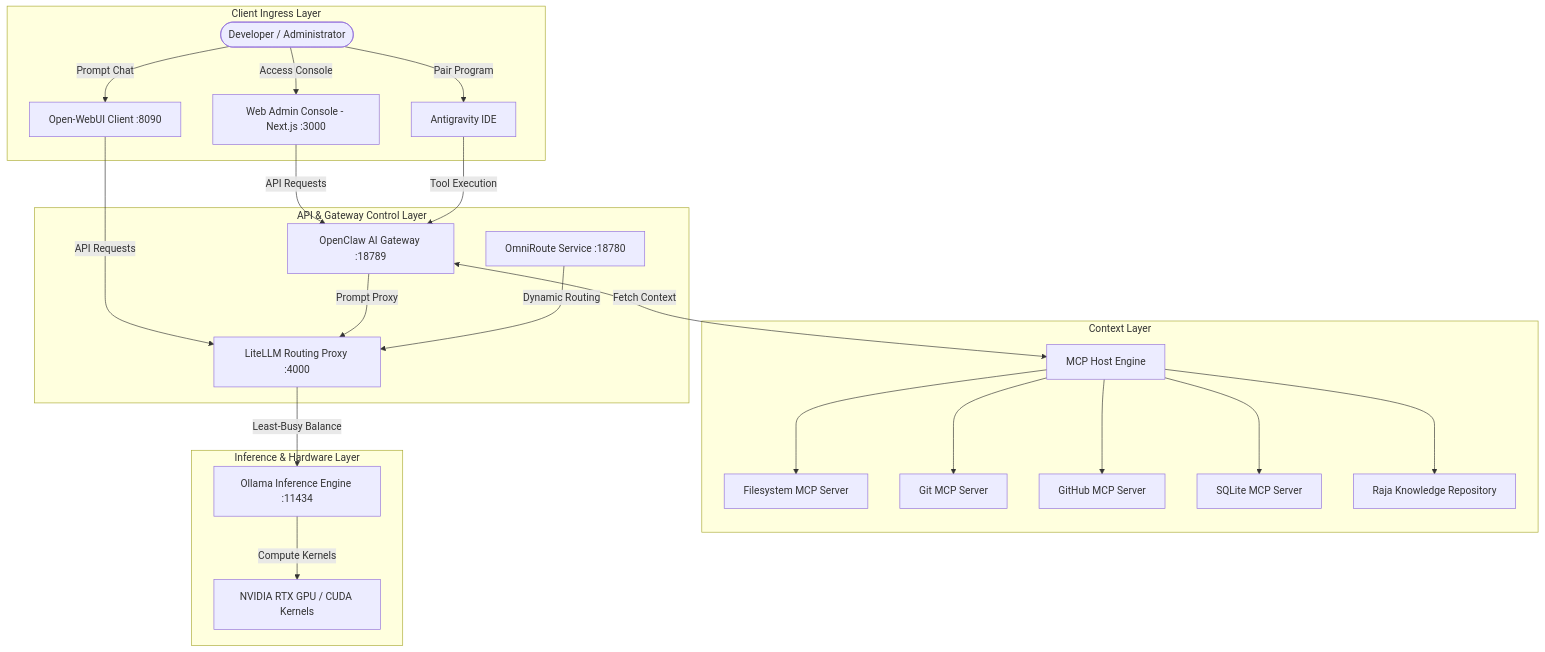
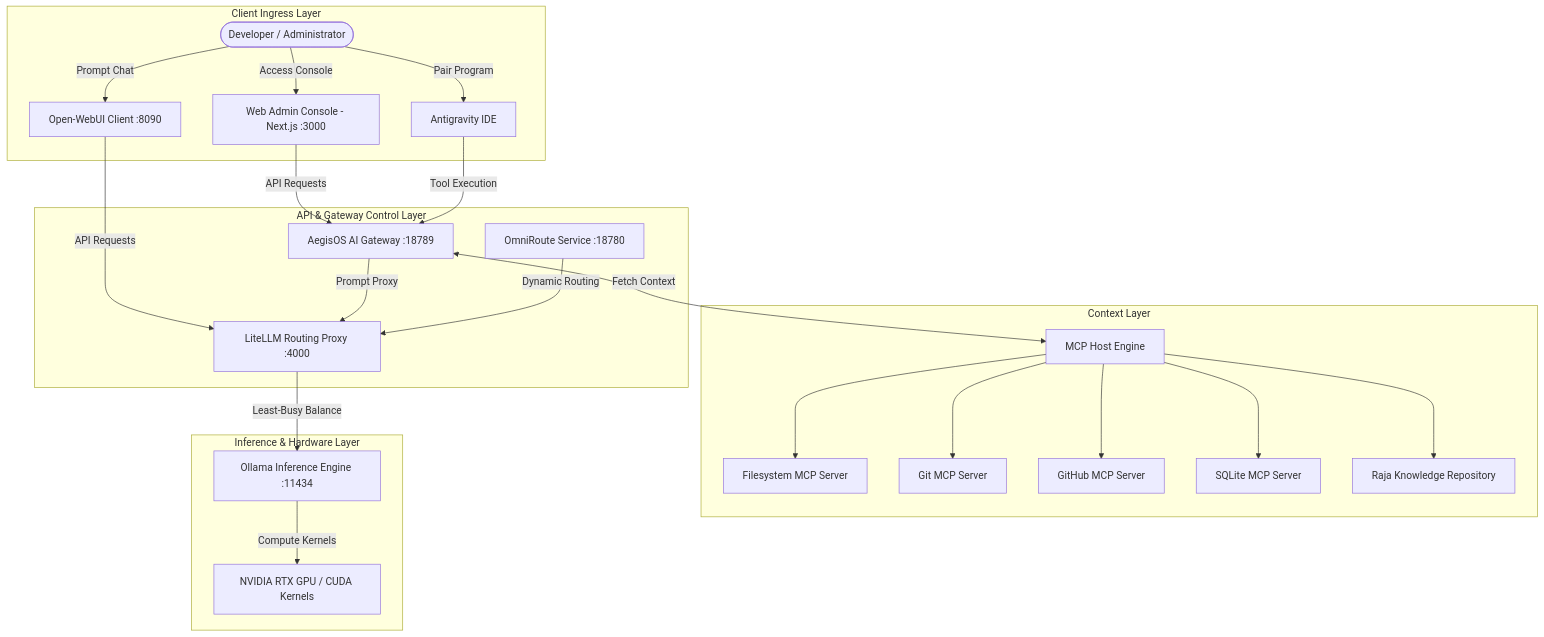
Before and after one commit to rjmad1/AegisOS: the first of 5 diagrams in docs/Architecture_Handbook.md, drawn with Mermaid. The commit also changed other lines of this file and 303 other files, not shown here.

Commit message:
refactor(branding): rename OpenClaw to AegisOS

````diff
--- a/docs/Architecture_Handbook.md
+++ b/docs/Architecture_Handbook.md
@@ -11,50 +11,50 @@
 ```mermaid
 graph TD
     subgraph Client Ingress Layer
         User([Developer / Administrator])
         Console[Web Admin Console - Next.js :3000]
         WebUI[Open-WebUI Client :8090]
         IDE[Antigravity IDE]
     end
 
     subgraph API & Gateway Control Layer
-        OpenClaw[OpenClaw AI Gateway :18789]
+        AegisOS[AegisOS AI Gateway :18789]
         LiteLLM[LiteLLM Routing Proxy :4000]
         OmniRoute[OmniRoute Service :18780]
     end
 
     subgraph Context Layer
         MCP[MCP Host Engine]
         FS[Filesystem MCP Server]
         GIT[Git MCP Server]
         GH[GitHub MCP Server]
         SQL[SQLite MCP Server]
         RAG[Raja Knowledge Repository]
     end
 
     subgraph Inference & Hardware Layer
         Ollama[Ollama Inference Engine :11434]
         GPU[NVIDIA RTX GPU / CUDA Kernels]
     end
 
     User -->|Access Console| Console
     User -->|Prompt Chat| WebUI
     User -->|Pair Program| IDE
     
-    Console -->|API Requests| OpenClaw
+    Console -->|API Requests| AegisOS
     WebUI -->|API Requests| LiteLLM
-    IDE -->|Tool Execution| OpenClaw
+    IDE -->|Tool Execution| AegisOS
     
-    OpenClaw -->|Prompt Proxy| LiteLLM
-    OpenClaw <-->|Fetch Context| MCP
+    AegisOS -->|Prompt Proxy| LiteLLM
+    AegisOS <-->|Fetch Context| MCP
     
     MCP --> FS
     MCP --> GIT
     MCP --> GH
     MCP --> SQL
     MCP --> RAG
     
     LiteLLM -->|Least-Busy Balance| Ollama
     OmniRoute -->|Dynamic Routing| LiteLLM
     Ollama -->|Compute Kernels| GPU
 ```
````
